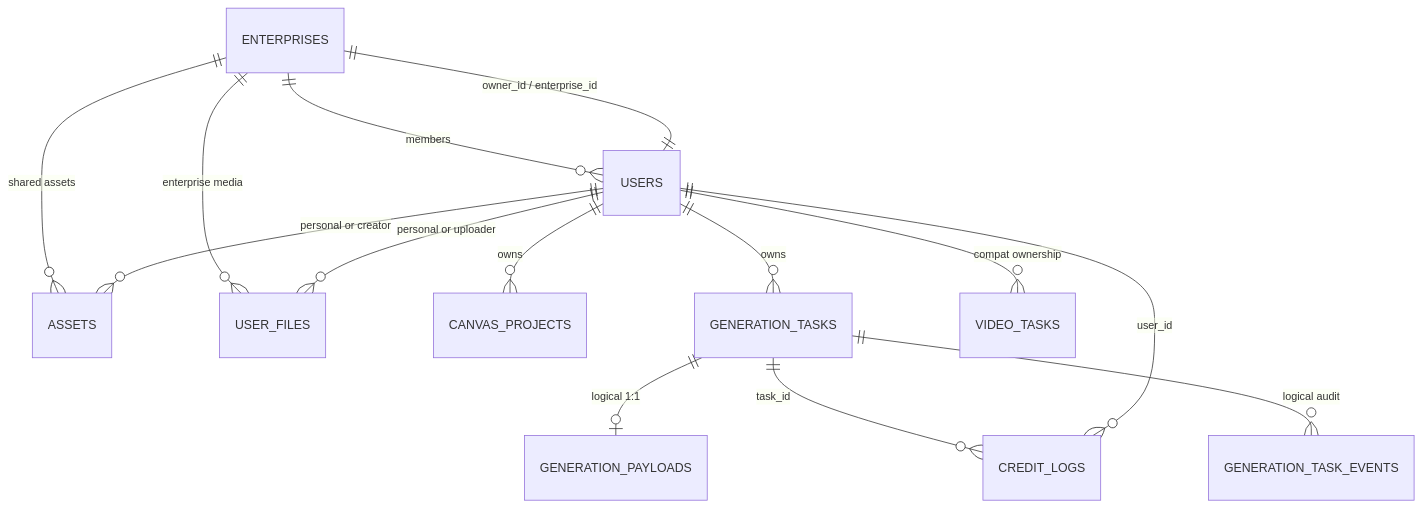
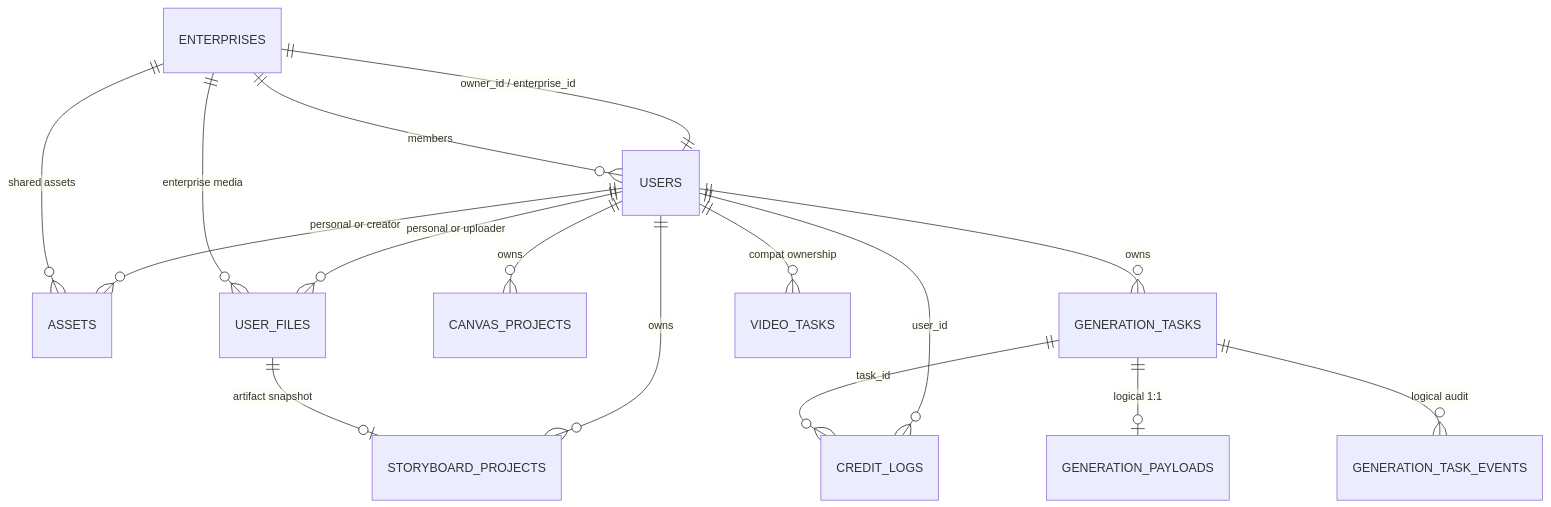
Before and after one commit to WawoInk/wawo-canvas: the diagram in .knowledge/database.md, drawn with Mermaid. The commit also changed other lines of this file and 6 other files, not shown here.

````diff
--- a/.knowledge/database.md
+++ b/.knowledge/database.md
@@ -40,16 +40,18 @@
 ```mermaid
 erDiagram
     ENTERPRISES ||--|| USERS : "owner_id / enterprise_id"
     ENTERPRISES ||--o{ USERS : "members"
     USERS ||--o{ CREDIT_LOGS : "user_id"
     USERS ||--o{ ASSETS : "personal or creator"
     ENTERPRISES ||--o{ ASSETS : "shared assets"
     USERS ||--o{ USER_FILES : "personal or uploader"
     ENTERPRISES ||--o{ USER_FILES : "enterprise media"
+    USERS ||--o{ STORYBOARD_PROJECTS : "owns"
+    USER_FILES ||--o| STORYBOARD_PROJECTS : "artifact snapshot"
     USERS ||--o{ CANVAS_PROJECTS : "owns"
     USERS ||--o{ GENERATION_TASKS : "owns"
     GENERATION_TASKS ||--o| GENERATION_PAYLOADS : "logical 1:1"
     GENERATION_TASKS ||--o{ GENERATION_TASK_EVENTS : "logical audit"
     GENERATION_TASKS ||--o{ CREDIT_LOGS : "task_id"
     USERS ||--o{ VIDEO_TASKS : "compat ownership"
 ```
````
